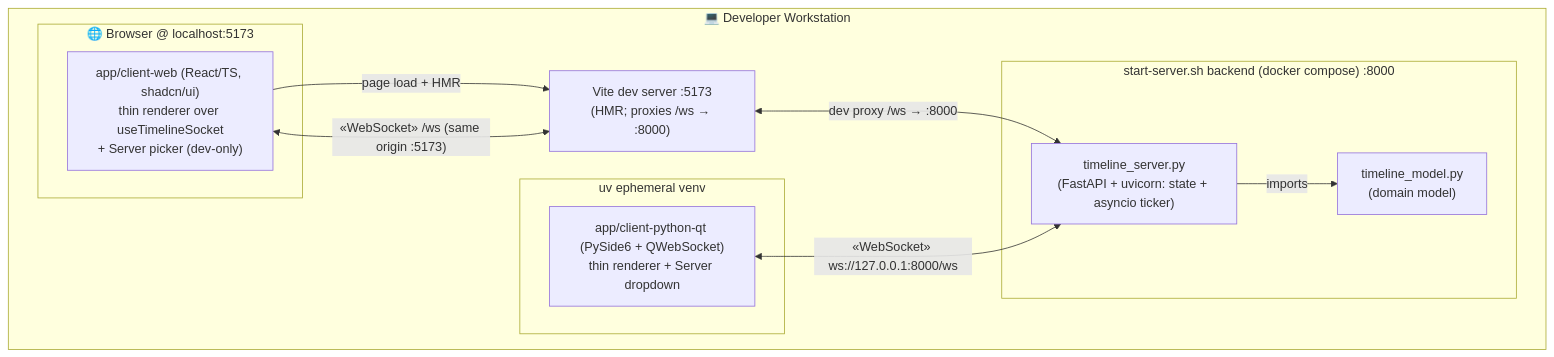
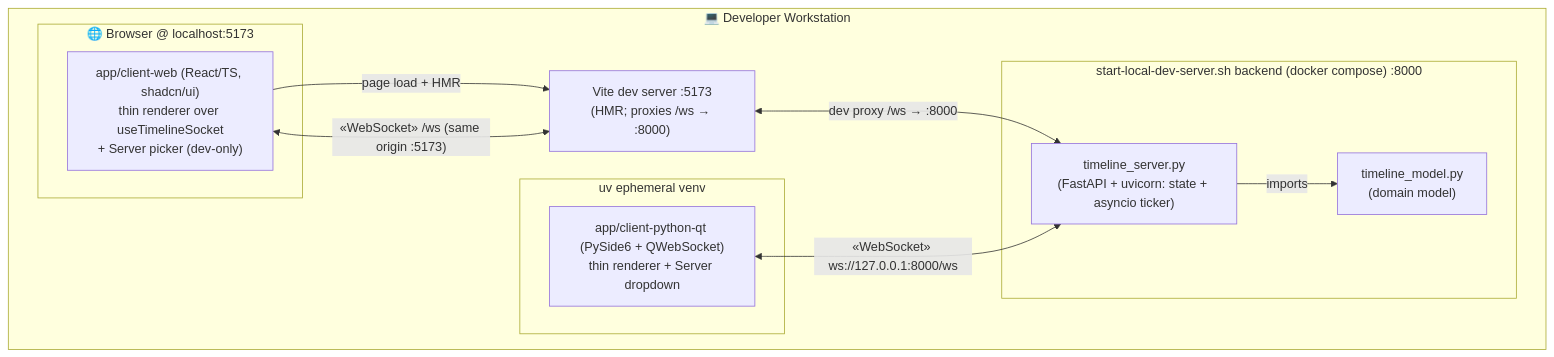
The seventh of 8 diagrams in README.md (thomanil/tech-sandbox), drawn with Mermaid before and after one commit. The commit also changed other lines of this file and 8 other files, not shown here.

Commit message:
rename local dev scripts

````diff
--- a/README.md
+++ b/README.md
@@ -500,22 +500,22 @@
 ```mermaid
 flowchart TB
   subgraph dev["💻 Developer Workstation"]
     subgraph browser["🌐 Browser @ localhost:5173"]
       web["app/client-web (React/TS, shadcn/ui)<br/>thin renderer over useTimelineSocket<br/>+ Server picker (dev-only)"]
     end
     vite["Vite dev server :5173<br/>(HMR; proxies /ws → :8000)"]
     subgraph uvclient["uv ephemeral venv"]
       qt["app/client-python-qt (PySide6 + QWebSocket)<br/>thin renderer + Server dropdown"]
     end
-    subgraph srv["start-server.sh backend (docker compose) :8000"]
+    subgraph srv["start-local-dev-server.sh backend (docker compose) :8000"]
       server["timeline_server.py<br/>(FastAPI + uvicorn: state + asyncio ticker)"]
       model["timeline_model.py<br/>(domain model)"]
     end
   end
 
   web -->|"page load + HMR"| vite
   web <-->|"&laquo;WebSocket&raquo; /ws (same origin :5173)"| vite
   vite <-->|"dev proxy /ws → :8000"| server
   qt <-->|"&laquo;WebSocket&raquo; ws://127.0.0.1:8000/ws"| server
   server -->|imports| model
 ```
````
